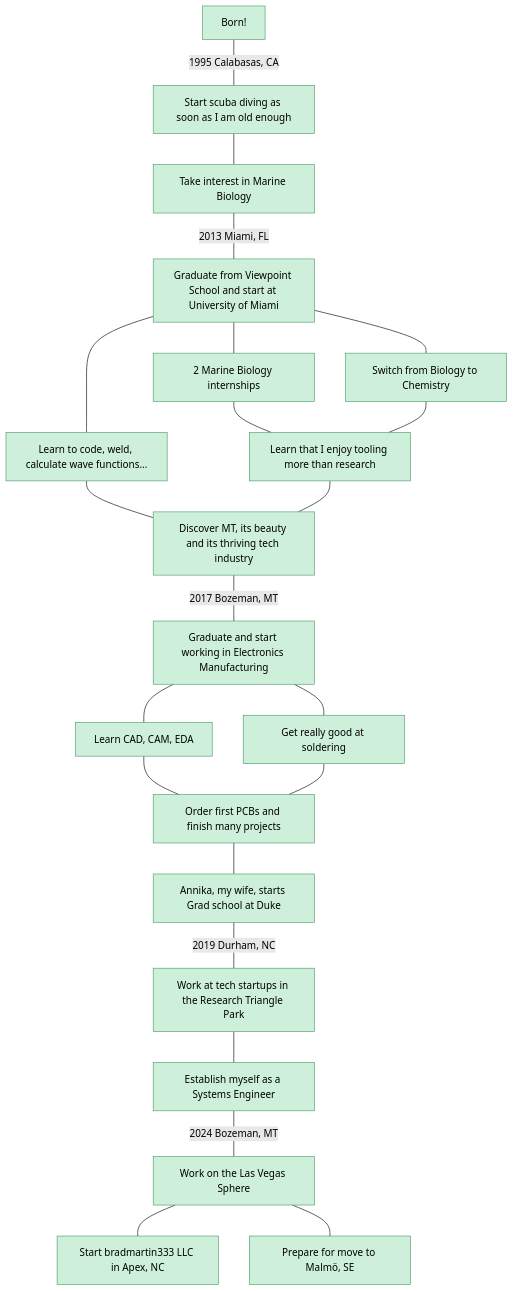
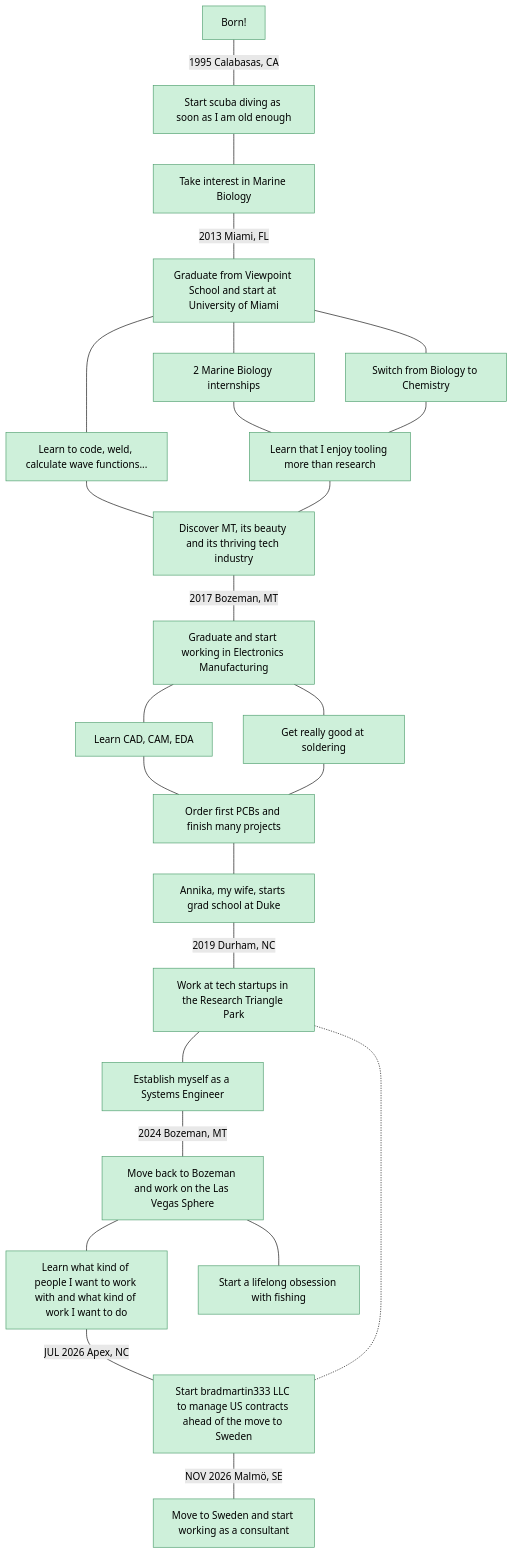
The diagram in journey/README.md (bradmartin333/bradmartin333.github.io), drawn with Mermaid (forest theme) before and after one commit.

Commit message:
update journey

````diff
--- a/journey/README.md
+++ b/journey/README.md
@@ -3,22 +3,25 @@
 ```mermaid
 graph TD;
     A[Born!] --1995 Calabasas, CA--- B[Start scuba diving as soon as I am old enough];
     B --- C[Take interest in Marine Biology];
     C --2013 Miami, FL--- D[Graduate from Viewpoint School and start at University of Miami];
     D --- E[2 Marine Biology internships];
     D --- F[Switch from Biology to Chemistry];
-    D --- G[Learn to code, weld, calculate wave functions...] --- J;
+    D --- G[Learn to code, weld, calculate wave functions...] --- I;
     E --- H[Learn that I enjoy tooling more than research];
-    F --- H --- J[Discover MT, its beauty and its thriving tech industry];
-    J --2017 Bozeman, MT--- K[Graduate and start working in Electronics Manufacturing];
-    K --- L[Learn CAD, CAM, EDA];
-    L --- N[Order first PCBs and finish many projects];
-    K --- M[Get really good at soldering];
-    M --- N --- O[Annika, my wife, starts Grad school at Duke];
-    O --2019 Durham, NC--- P[Work at tech startups in the Research Triangle Park];
-    P --- Q[Establish myself as a Systems Engineer];
-    Q --2024 Bozeman, MT--- R[Work on the Las Vegas Sphere];
-    R --- S[Start bradmartin333 LLC in Apex, NC];
-    R --- T[Prepare for move to Malmö, SE];
+    F --- H --- I[Discover MT, its beauty and its thriving tech industry];
+    I --2017 Bozeman, MT--- J[Graduate and start working in Electronics Manufacturing];
+    J --- K[Learn CAD, CAM, EDA];
+    K --- L[Order first PCBs and finish many projects];
+    J --- M[Get really good at soldering];
+    M --- L --- N[Annika, my wife, starts grad school at Duke];
+    N --2019 Durham, NC--- O[Work at tech startups in the Research Triangle Park];
+    O --- P[Establish myself as a Systems Engineer];
+    P --2024 Bozeman, MT--- Q[Move back to Bozeman and work on the Las Vegas Sphere];
+    Q --- R[Learn what kind of people I want to work with and what kind of work I want to do];
+    Q --- S[Start a lifelong obsession with fishing];
+    R --JUL 2026 Apex, NC--- T[Start bradmartin333 LLC to manage US contracts ahead of the move to Sweden];
+    O -.- T;
+    T --NOV 2026 Malmö, SE--- U[Move to Sweden and start working as a consultant];
     classDef default fill:#cef0da,stroke:#4a9c6a
 ```
````
